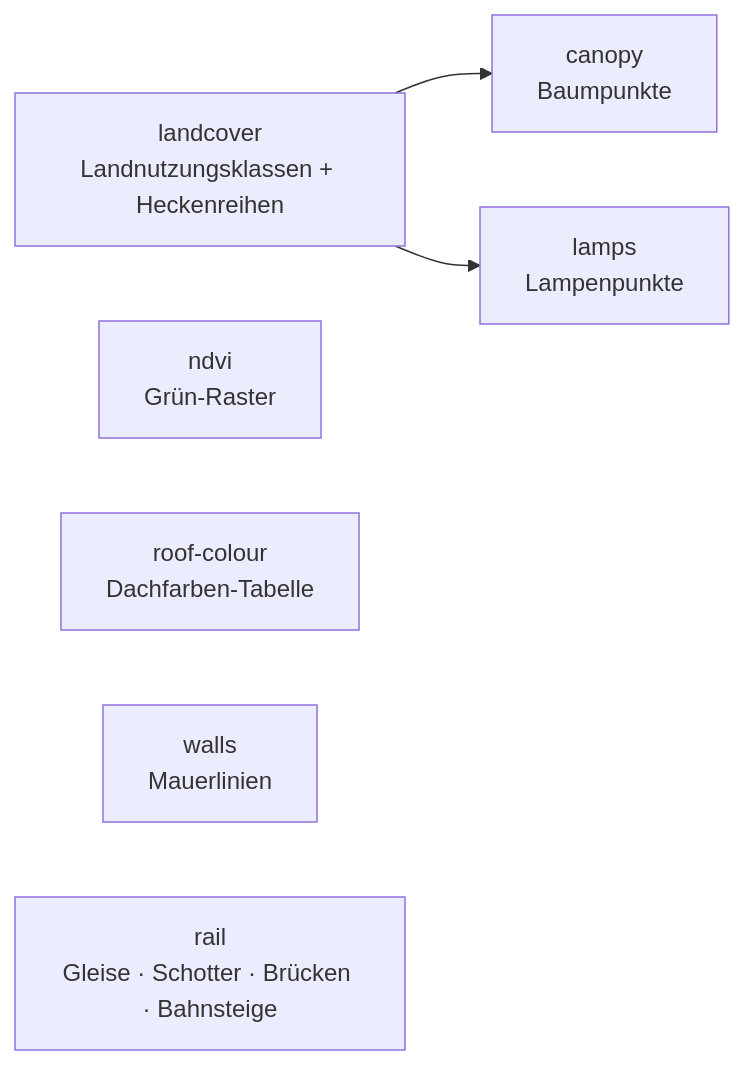
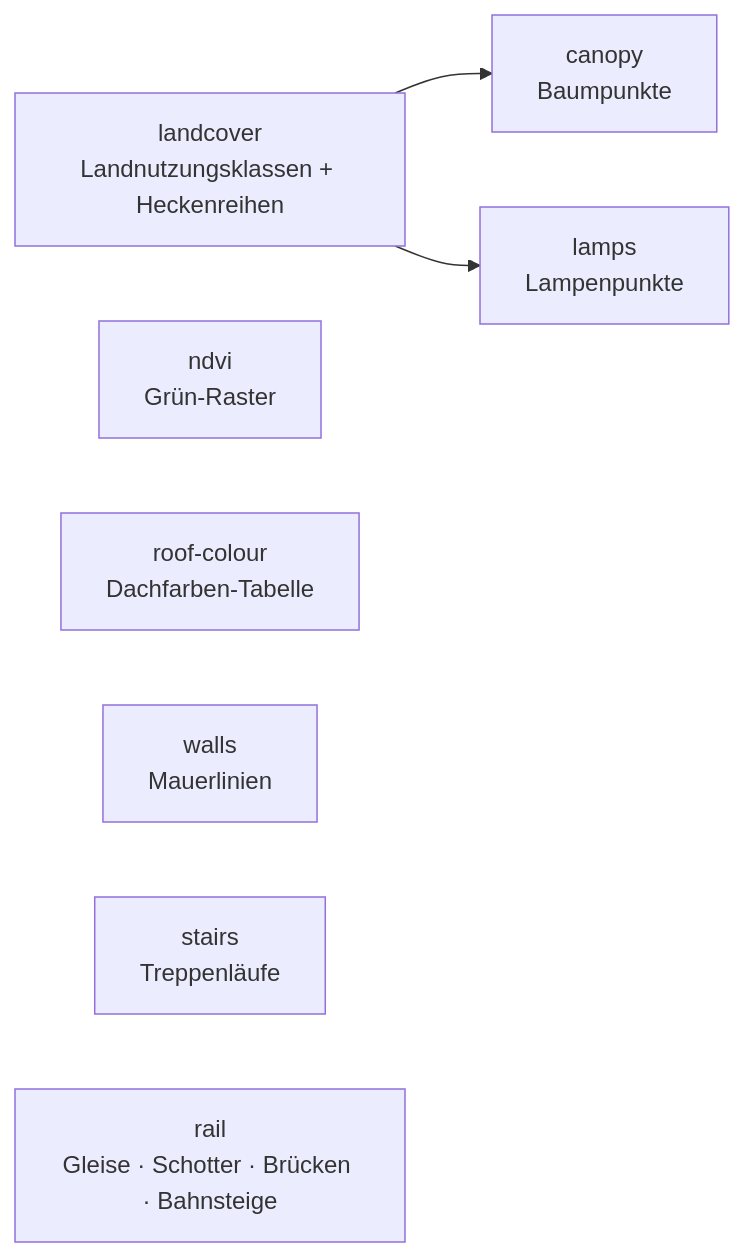
One commit to mdugue/bridge changed the second of 2 diagrams in docs/guide/de/data-journey.md. Above: the diagram before and after it, drawn with Mermaid. The commit also changed other lines of this file and 43 other files, not shown here.

````diff
--- a/docs/guide/de/data-journey.md
+++ b/docs/guide/de/data-journey.md
@@ -73,9 +73,10 @@
 ```mermaid
 flowchart LR
   DLM["landcover<br/>Landnutzungsklassen + Heckenreihen"] --> CAN["canopy<br/>Baumpunkte"]
   DLM --> LAMP["lamps<br/>Lampenpunkte"]
   NDVI["ndvi<br/>Grün-Raster"]
   ROOF["roof-colour<br/>Dachfarben-Tabelle"]
   WALL["walls<br/>Mauerlinien"]
+  STAIR["stairs<br/>Treppenläufe"]
   RAIL["rail<br/>Gleise · Schotter · Brücken · Bahnsteige"]
 ```
````
